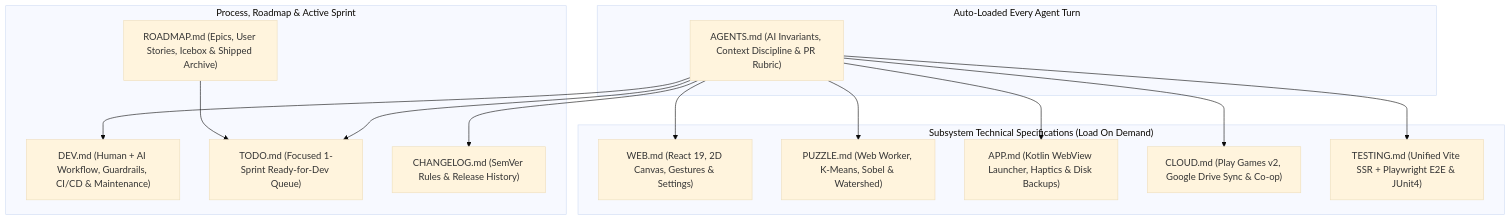
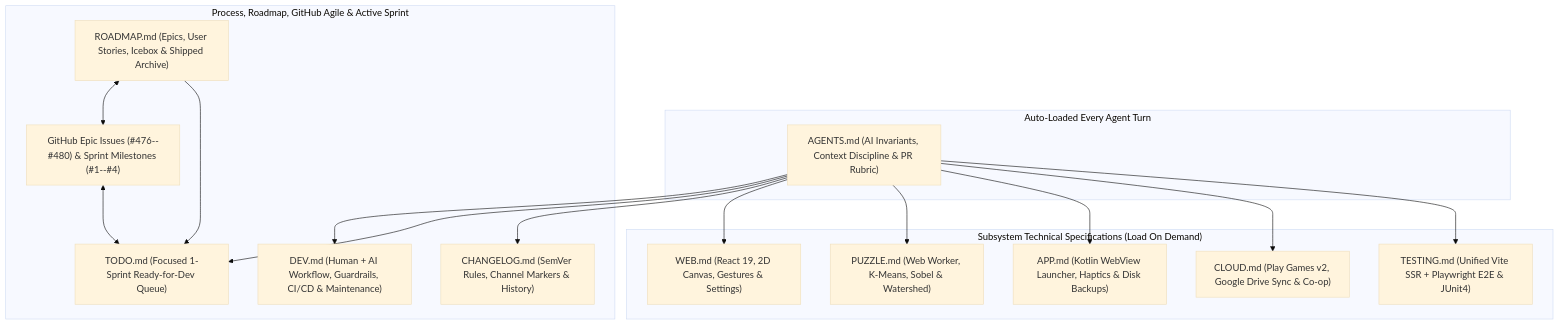
Before and after one commit to shthed/capy: the diagram in DEV.md, drawn with Mermaid (base theme). The commit also changed other lines of this file and 5 other files, not shown here.

Commit message:
Document 3-artefact roadmap triad, GitHub Epic Issue CLI playbooks, and sprint lifecycle (#483)

````diff
--- a/DEV.md
+++ b/DEV.md
@@ -27,31 +27,34 @@
 ```mermaid
 flowchart TD
     subgraph AutoLoaded["Auto-Loaded Every Agent Turn"]
         AGENTS["AGENTS.md (AI Invariants, Context Discipline & PR Rubric)"]
     end
 
-    subgraph ProcessAndRoadmap["Process, Roadmap & Active Sprint"]
+    subgraph ProcessAndRoadmap["Process, Roadmap, GitHub Agile & Active Sprint"]
         DEV["DEV.md (Human + AI Workflow, Guardrails, CI/CD & Maintenance)"]
         ROADMAP["ROADMAP.md (Epics, User Stories, Icebox & Shipped Archive)"]
+        GH_AGILE["GitHub Epic Issues (#476--#480) & Sprint Milestones (#1--#4)"]
         TODO["TODO.md (Focused 1-Sprint Ready-for-Dev Queue)"]
-        CHANGELOG["CHANGELOG.md (SemVer Rules & Release History)"]
+        CHANGELOG["CHANGELOG.md (SemVer Rules, Channel Markers & History)"]
     end
 
     subgraph SubsystemSpecs["Subsystem Technical Specifications (Load On Demand)"]
         WEB["WEB.md (React 19, 2D Canvas, Gestures & Settings)"]
         PUZZLE["PUZZLE.md (Web Worker, K-Means, Sobel & Watershed)"]
         APP["APP.md (Kotlin WebView Launcher, Haptics & Disk Backups)"]
         CLOUD["CLOUD.md (Play Games v2, Google Drive Sync & Co-op)"]
         TESTING["TESTING.md (Unified Vite SSR + Playwright E2E & JUnit4)"]
     end
 
     AGENTS --> DEV
+    ROADMAP <--> GH_AGILE
     ROADMAP --> TODO
+    GH_AGILE <--> TODO
     AGENTS --> TODO
     AGENTS --> CHANGELOG
     AGENTS --> WEB
     AGENTS --> PUZZLE
     AGENTS --> APP
     AGENTS --> CLOUD
     AGENTS --> TESTING
 ```
````
